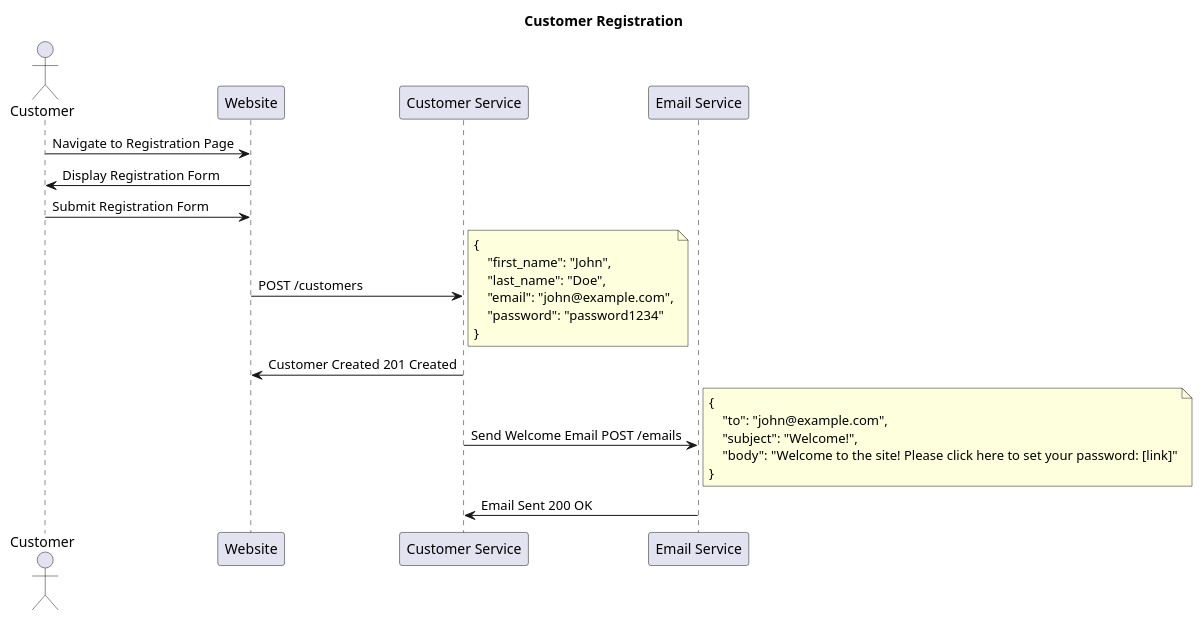
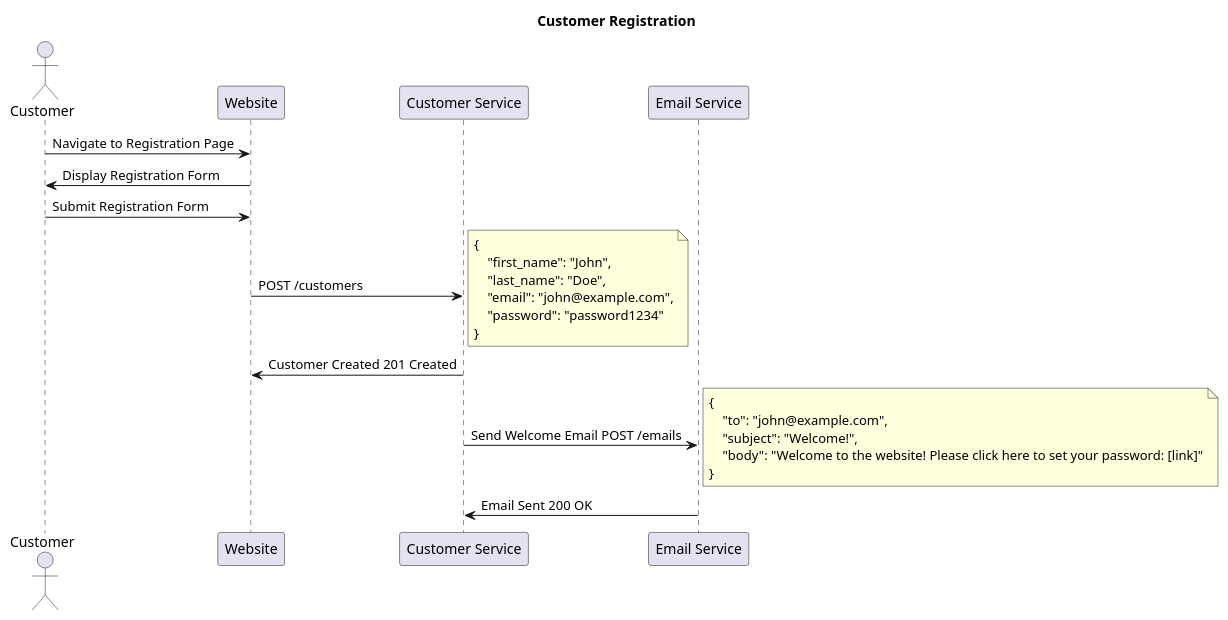
The diagram in architecture/sequence-diagrams/Customer Registration.md (jjoneson/workforce-demo-scratch), drawn with PlantUML before and after one commit.

Commit message:
Updated by Workflow

````diff
--- a/architecture/sequence-diagrams/Customer Registration.md
+++ b/architecture/sequence-diagrams/Customer Registration.md
@@ -2,33 +2,33 @@
 ```plantuml
 @startuml Customer Registration
 title Customer Registration
 actor Customer
 participant Website
 participant CustomerService as "Customer Service" 
 participant EmailService as "Email Service"
 
 Customer -> Website: Navigate to Registration Page
 Website -> Customer: Display Registration Form
 Customer -> Website: Submit Registration Form
 Website -> CustomerService: POST /customers
 note right
 {
     "first_name": "John",
     "last_name": "Doe",
     "email": "john@example.com",
     "password": "password1234" 
 }
 end note
 CustomerService -> Website: Customer Created 201 Created
 CustomerService -> EmailService: Send Welcome Email POST /emails
 note right
 {
     "to": "john@example.com",
     "subject": "Welcome!",
-    "body": "Welcome to the site! Please click here to set your password: [link]"
-} 
+    "body": "Welcome to the website! Please click here to set your password: [link]"
+}
 end note
 EmailService -> CustomerService: Email Sent 200 OK
 
 @enduml
 ```
````
